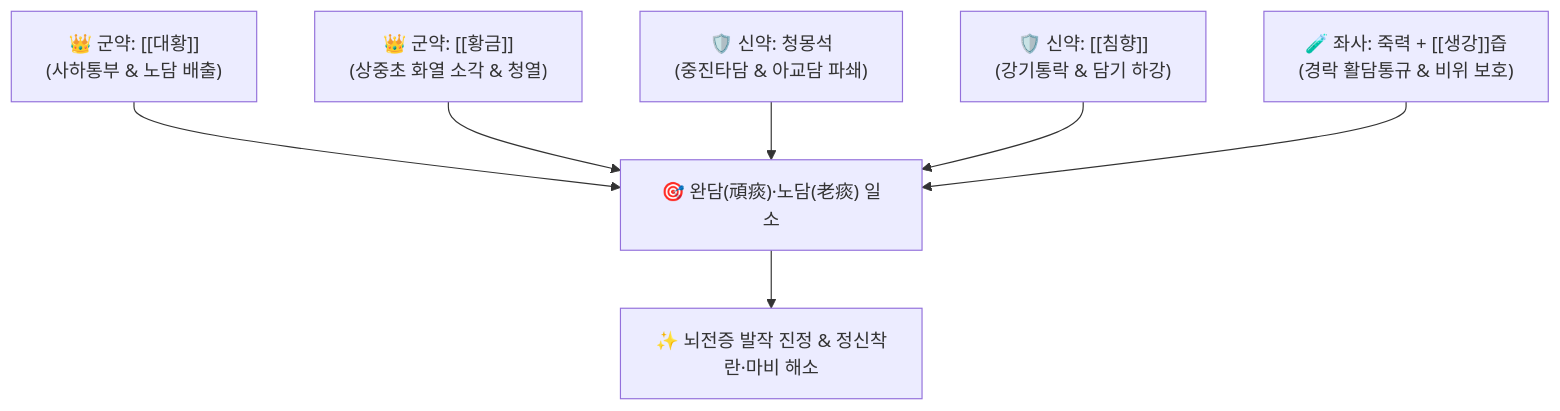
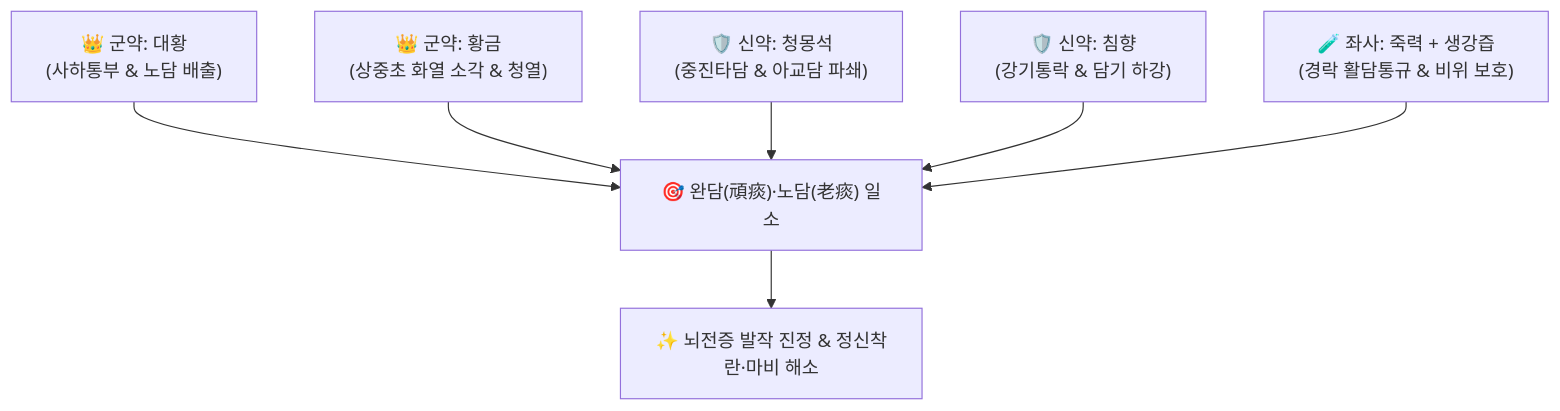
One commit to simbio11/simbio-digital-garden2 changed the diagram in content/2. 약리 공부/처방/03_화담·거습·이수제/죽력달담환.md. Above: the diagram before and after it, drawn with Mermaid. The commit also changed other lines of this file and 122 other files, not shown here.

````diff
--- a/content/2. 약리 공부/처방/03_화담·거습·이수제/죽력달담환.md
+++ b/content/2. 약리 공부/처방/03_화담·거습·이수제/죽력달담환.md
@@ -47,9 +47,9 @@
 ```mermaid
 graph TD
-    Gun1["👑 군약: [[대황]]<br>(사하통부 & 노담 배출)"] --> Goal["🎯 완담(頑痰)·노담(老痰) 일소"]
-    Gun2["👑 군약: [[황금]]<br>(상중초 화열 소각 & 청열)"] --> Goal
+    Gun1["👑 군약: 대황<br>(사하통부 & 노담 배출)"] --> Goal["🎯 완담(頑痰)·노담(老痰) 일소"]
+    Gun2["👑 군약: 황금<br>(상중초 화열 소각 & 청열)"] --> Goal
     Sin1["🛡️ 신약: 청몽석<br>(중진타담 & 아교담 파쇄)"] --> Goal
-    Sin2["🛡️ 신약: [[침향]]<br>(강기통락 & 담기 하강)"] --> Goal
-    Solv["🧪 좌사: 죽력 + [[생강]]즙<br>(경락 활담통규 & 비위 보호)"] --> Goal
+    Sin2["🛡️ 신약: 침향<br>(강기통락 & 담기 하강)"] --> Goal
+    Solv["🧪 좌사: 죽력 + 생강즙<br>(경락 활담통규 & 비위 보호)"] --> Goal
     Goal --> Outcome["✨ 뇌전증 발작 진정 & 정신착란·마비 해소"]
 ```
````
